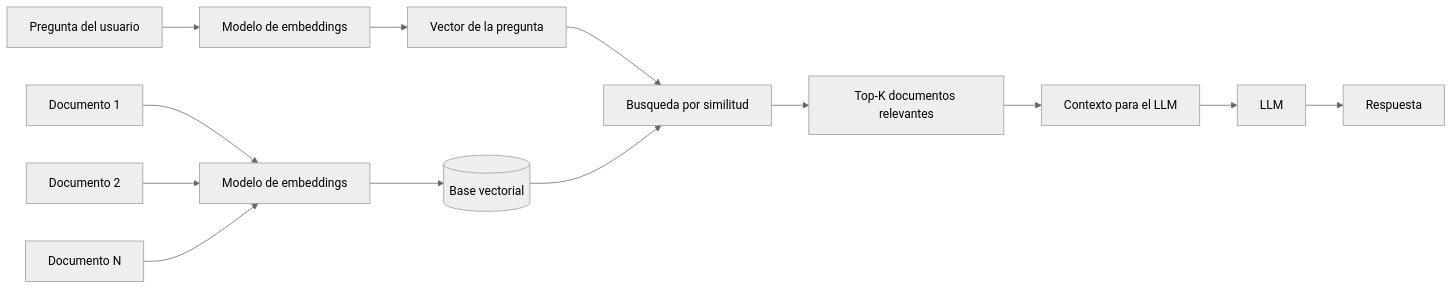
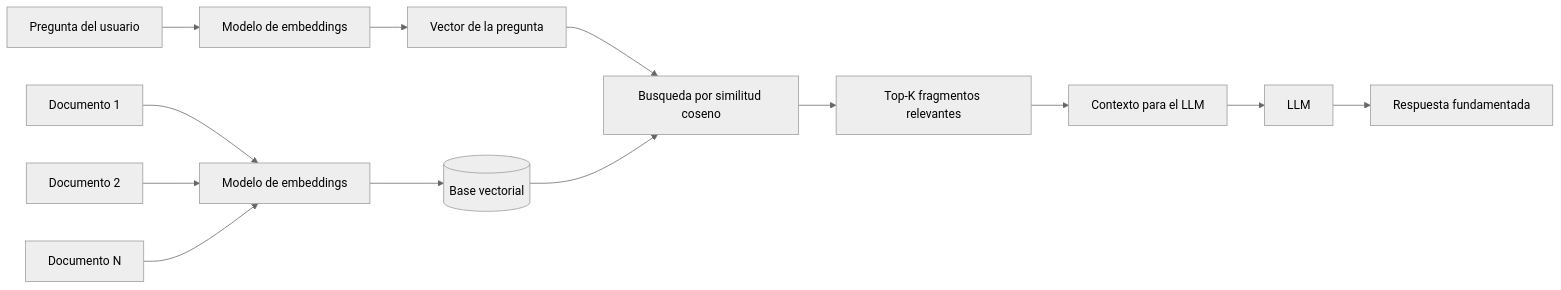
The diagram in Conceptos/06-embeddings.md (jjrosalesuci/ia), drawn with Mermaid (neutral theme) before and after one commit. The commit also changed other lines of this file and 7 other files, not shown here.

````diff
--- a/Conceptos/06-embeddings.md
+++ b/Conceptos/06-embeddings.md
@@ -39,15 +131,15 @@
 ```mermaid
 flowchart LR
     DOC1[Documento 1] --> M[Modelo de embeddings]
     DOC2[Documento 2] --> M
     DOC3[Documento N] --> M
     M --> V[(Base vectorial)]
     Q[Pregunta del usuario] --> M2[Modelo de embeddings]
     M2 --> QV[Vector de la pregunta]
-    QV --> SIM[Busqueda por similitud]
+    QV --> SIM[Busqueda por similitud coseno]
     V --> SIM
-    SIM --> TOP[Top-K documentos relevantes]
+    SIM --> TOP[Top-K fragmentos relevantes]
     TOP --> CTX[Contexto para el LLM]
     CTX --> LLM[LLM]
-    LLM --> R[Respuesta]
+    LLM --> R[Respuesta fundamentada]
 ```
````
